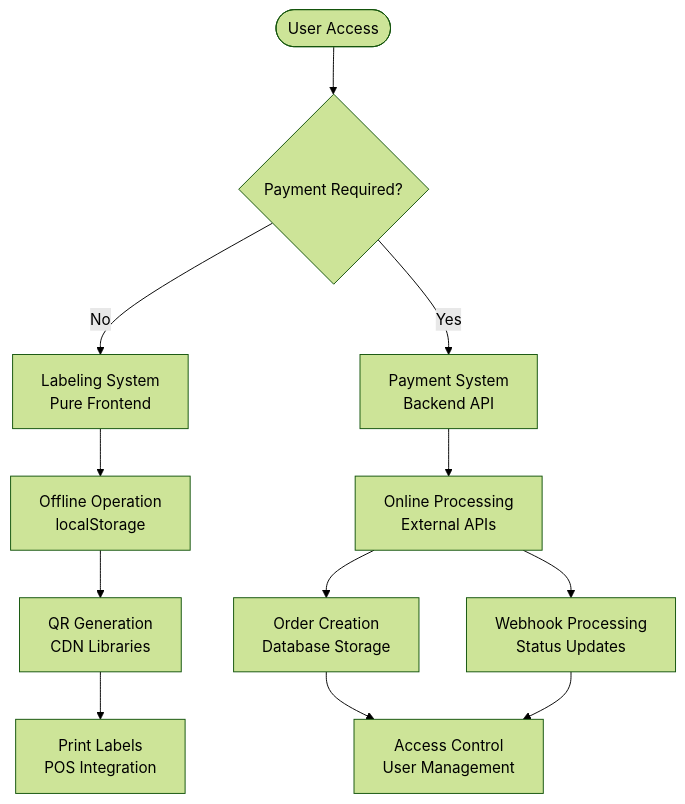
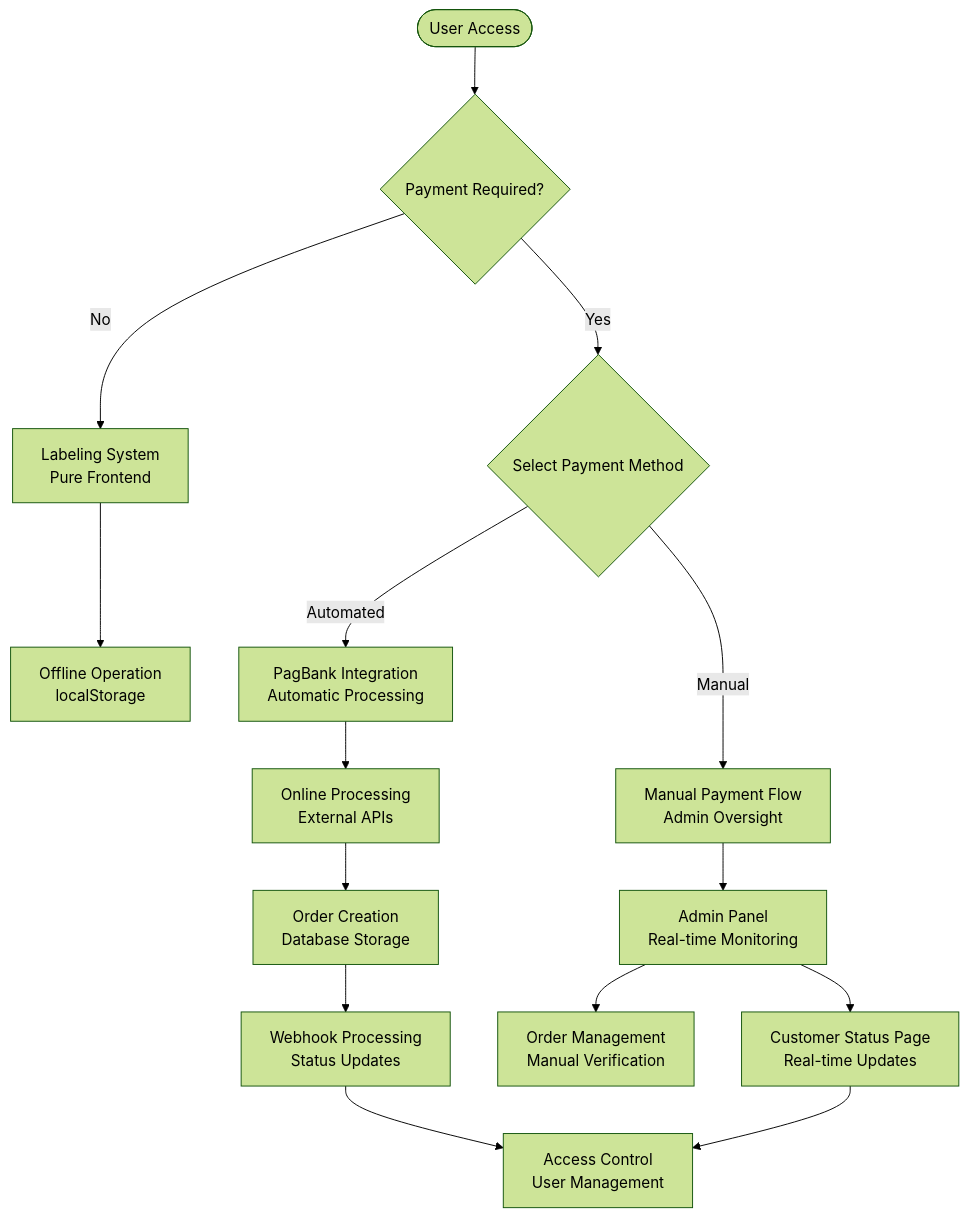
One commit to Alexandrexicara/qretiquetas.com changed the second of 17 diagrams in .qoder/repowiki/en/content/Project Overview/Technical Architecture Overview.md. Above: the diagram before and after it, drawn with Mermaid (forest theme). The commit also changed other lines of this file and 6 other files, not shown here.

````diff
--- a/.qoder/repowiki/en/content/Project Overview/Technical Architecture Overview.md
+++ b/.qoder/repowiki/en/content/Project Overview/Technical Architecture Overview.md
@@ -105,14 +134,17 @@
 ```mermaid
 flowchart TD
 Start([User Access]) --> CheckMode{"Payment Required?"}
 CheckMode --> |No| Labeling["Labeling System<br/>Pure Frontend"]
-CheckMode --> |Yes| Payment["Payment System<br/>Backend API"]
+CheckMode --> |Yes| PaymentChoice{"Select Payment Method"}
+PaymentChoice --> |Automated| PagBank["PagBank Integration<br/>Automatic Processing"]
+PaymentChoice --> |Manual| ManualFlow["Manual Payment Flow<br/>Admin Oversight"]
 Labeling --> Offline["Offline Operation<br/>localStorage"]
-Payment --> Online["Online Processing<br/>External APIs"]
-Offline --> QRGen["QR Generation<br/>CDN Libraries"]
+PagBank --> Online["Online Processing<br/>External APIs"]
+ManualFlow --> AdminPanel["Admin Panel<br/>Real-time Monitoring"]
 Online --> OrderCreate["Order Creation<br/>Database Storage"]
-Online --> Webhook["Webhook Processing<br/>Status Updates"]
-QRGen --> Print["Print Labels<br/>POS Integration"]
-OrderCreate --> Access["Access Control<br/>User Management"]
-Webhook --> Access
+AdminPanel --> OrderManagement["Order Management<br/>Manual Verification"]
+OrderCreate --> Webhook["Webhook Processing<br/>Status Updates"]
+AdminPanel --> CustomerStatus["Customer Status Page<br/>Real-time Updates"]
+Webhook --> Access["Access Control<br/>User Management"]
+CustomerStatus --> Access
 ```
````
